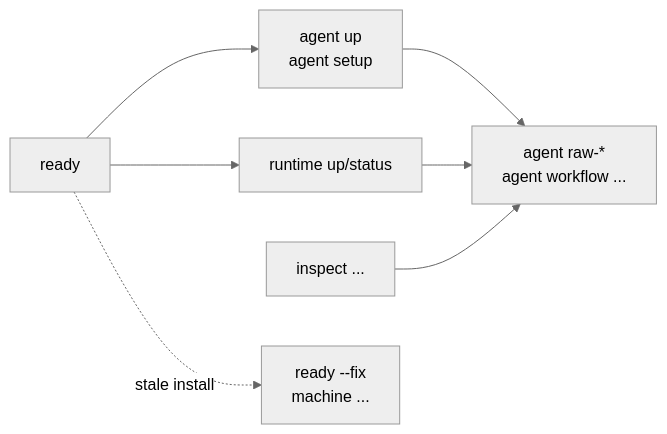
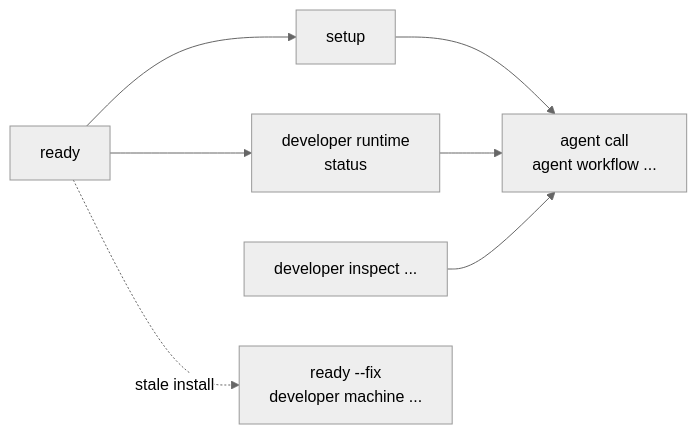
Before and after one commit to amichne/kast: the diagram in docs/commands/index.md, drawn with Mermaid (neutral theme). The commit also changed other lines of this file and 81 other files, not shown here.

````diff
--- a/docs/commands/index.md
+++ b/docs/commands/index.md
@@ -19,16 +19,16 @@
 ```mermaid
 flowchart LR
     ready["ready"]
-    setup["agent up<br/>agent setup"]
-    runtime["runtime up/status"]
-    inspect["inspect ..."]
-    semantic["agent raw-*<br/>agent workflow ..."]
-    repair["ready --fix<br/>machine ..."]
+    setup["setup"]
+    runtime["developer runtime<br/>status"]
+    inspect["developer inspect ..."]
+    semantic["agent call<br/>agent workflow ..."]
+    repair["ready --fix<br/>developer machine ..."]
 
     ready --> setup
     ready --> runtime
     setup --> semantic
     runtime --> semantic
     inspect --> semantic
     ready -. stale install .-> repair
 ```
````
